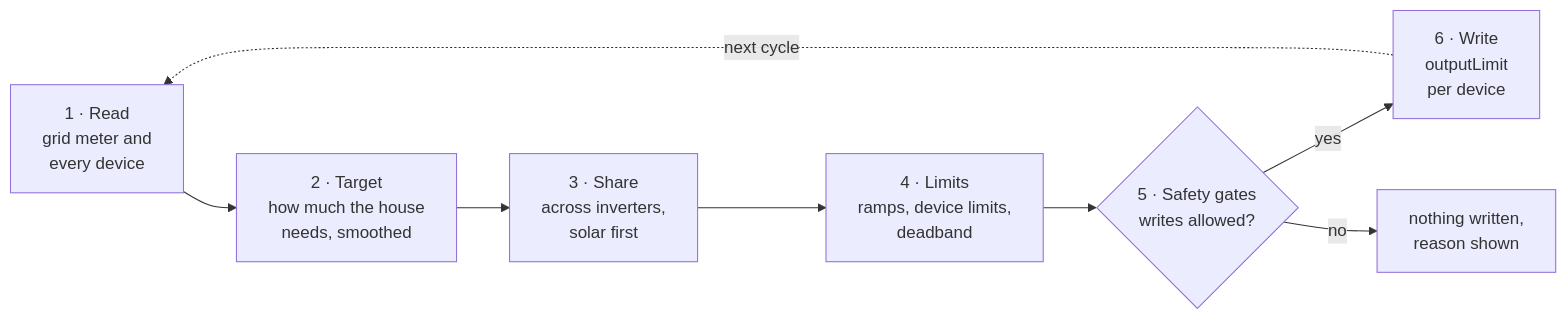
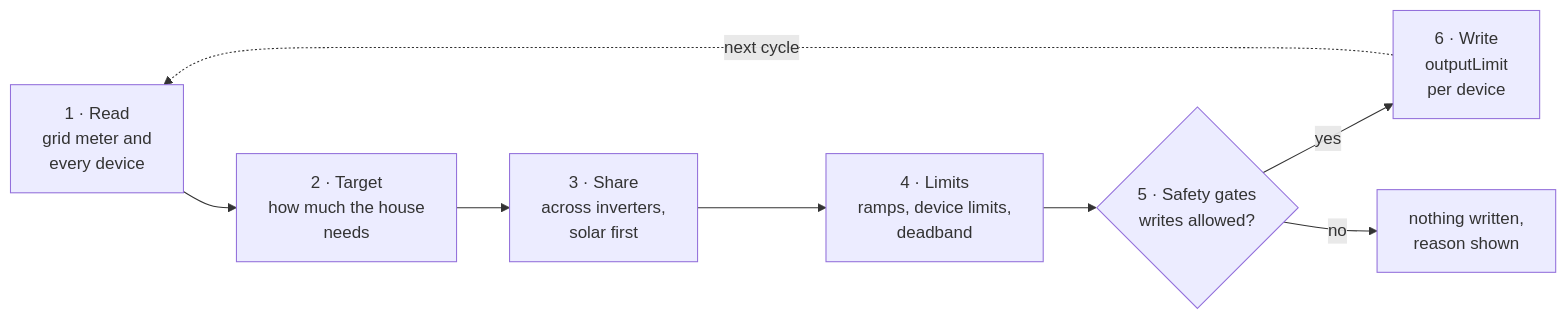
Before and after one commit to basecubedev/ems-solarflow-api-control: the second of 3 diagrams in docs/user/how-it-fits-together.md, drawn with Mermaid. The commit also changed other lines of this file and 23 other files, not shown here.

````diff
--- a/docs/user/how-it-fits-together.md
+++ b/docs/user/how-it-fits-together.md
@@ -81,14 +81,14 @@
 ```mermaid
 flowchart LR
     read["1 · Read<br/>grid meter and<br/>every device"]
-    target["2 · Target<br/>how much the house<br/>needs, smoothed"]
+    target["2 · Target<br/>how much the house<br/>needs"]
     share["3 · Share<br/>across inverters,<br/>solar first"]
     limits["4 · Limits<br/>ramps, device limits,<br/>deadband"]
     gates{"5 · Safety gates<br/>writes allowed?"}
     write["6 · Write<br/>outputLimit<br/>per device"]
 
     read --> target --> share --> limits --> gates
     gates -- "yes" --> write
     gates -- "no" --> skip["nothing written,<br/>reason shown"]
     write -. "next cycle" .-> read
 ```
````
